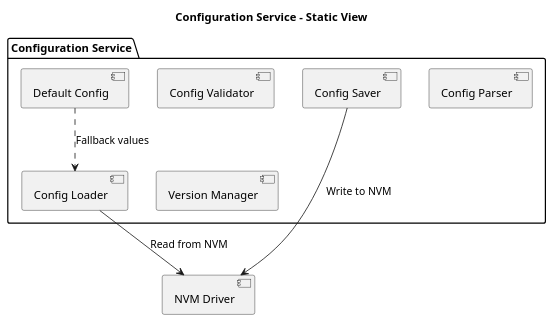
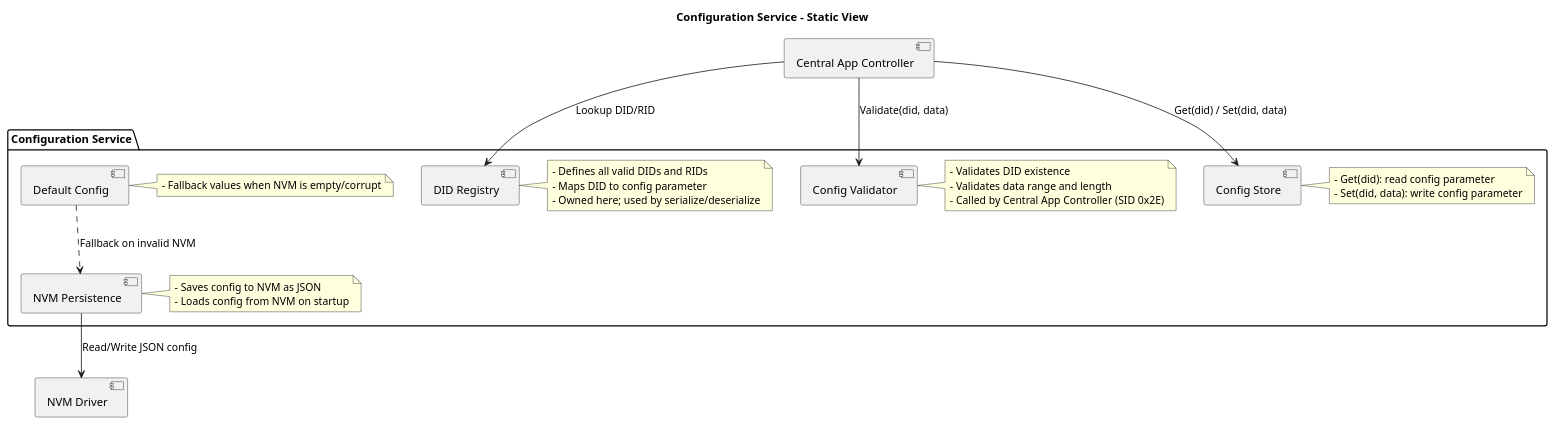
One commit to LinhTrucVo/Bico_Protocol_Bridge changed the diagram in 2_architecture/fucntionView/layer2Service/configService/staticView.puml. Above: the diagram before and after it, drawn with PlantUML. The commit also changed 17 other files, not shown here.

```diff
--- a/2_architecture/fucntionView/layer2Service/configService/staticView.puml
+++ b/2_architecture/fucntionView/layer2Service/configService/staticView.puml
@@ -1,20 +1,47 @@
 @startuml
 
 title Configuration Service - Static View
 
 package "Configuration Service" {
-    [Config Loader] as load
-    [Config Saver] as save
+    [DID Registry] as didRegistry
+    note right of didRegistry
+        - Defines all valid DIDs and RIDs
+        - Maps DID to config parameter
+        - Owned here; used by serialize/deserialize
+    end note
+
     [Config Validator] as validator
-    [Config Parser] as parser
+    note right of validator
+        - Validates DID existence
+        - Validates data range and length
+        - Called by Central App Controller (SID 0x2E)
+    end note
+
+    [Config Store] as store
+    note right of store
+        - Get(did): read config parameter
+        - Set(did, data): write config parameter
+    end note
+
+    [NVM Persistence] as nvmPersist
+    note right of nvmPersist
+        - Saves config to NVM as JSON
+        - Loads config from NVM on startup
+    end note
+
     [Default Config] as defaults
-    [Version Manager] as version
+    note right of defaults
+        - Fallback values when NVM is empty/corrupt
+    end note
 }
 
+[Central App Controller] as cac
 [NVM Driver] as nvmDriver
 
-load --> nvmDriver : Read from NVM
-save --> nvmDriver : Write to NVM
-defaults ..> load : Fallback values
+cac --> didRegistry : Lookup DID/RID
+cac --> validator : Validate(did, data)
+cac --> store : Get(did) / Set(did, data)
+nvmPersist --> nvmDriver : Read/Write JSON config
+defaults ..> nvmPersist : Fallback on invalid NVM
 
 @enduml
```
